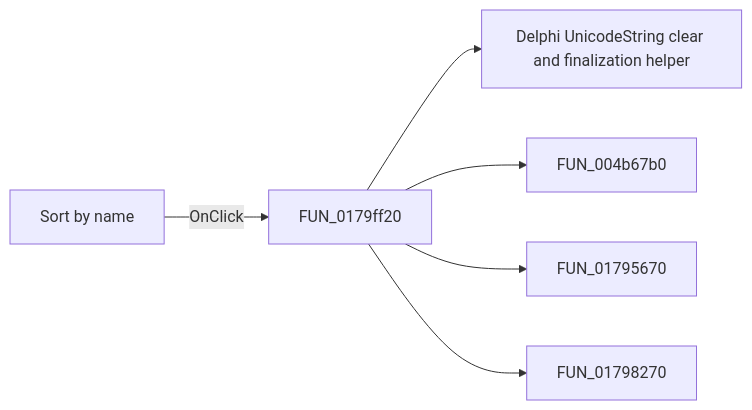
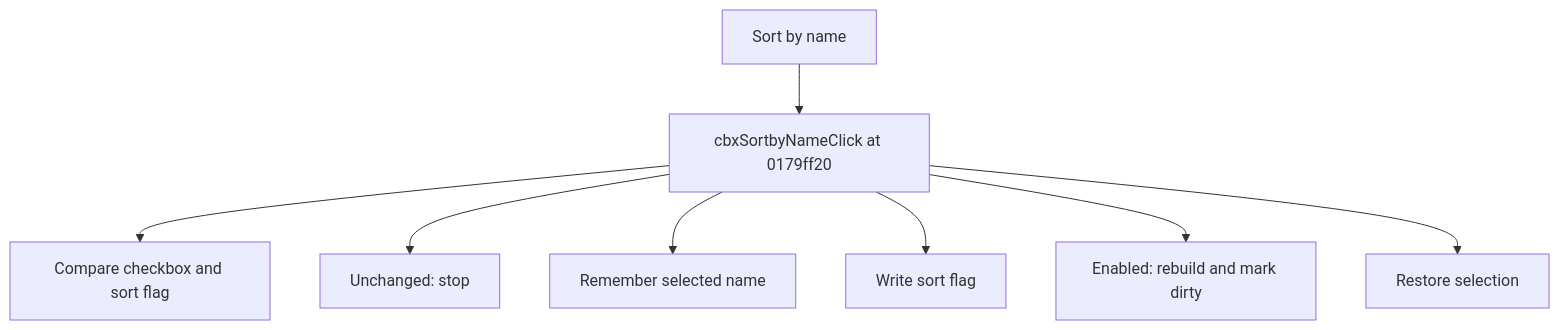
The diagram in docs/ui-controls/shapeedit/cbxsortbyname-bc81bd7b24.md (MovGP0/TIARA), drawn with Mermaid before and after one commit. The commit also changed other lines of this file and 1062 other files, not shown here.

````diff
--- a/docs/ui-controls/shapeedit/cbxsortbyname-bc81bd7b24.md
+++ b/docs/ui-controls/shapeedit/cbxsortbyname-bc81bd7b24.md
@@ -27,8 +25,10 @@
 ```mermaid
-flowchart LR
-    control["Sort by name"] -->|OnClick| handler["FUN_0179ff20"]
-    handler --> call1["Delphi UnicodeString clear and finalization helper"]
-    handler --> call2["FUN_004b67b0"]
-    handler --> call3["FUN_01795670"]
-    handler --> call4["FUN_01798270"]
+flowchart TD
+    control["Sort by name"] --> handler["cbxSortbyNameClick at 0179ff20"]
+    handler --> step1["Compare checkbox and sort flag"]
+    handler --> step2["Unchanged: stop"]
+    handler --> step3["Remember selected name"]
+    handler --> step4["Write sort flag"]
+    handler --> step5["Enabled: rebuild and mark dirty"]
+    handler --> step6["Restore selection"]
 ```
````
